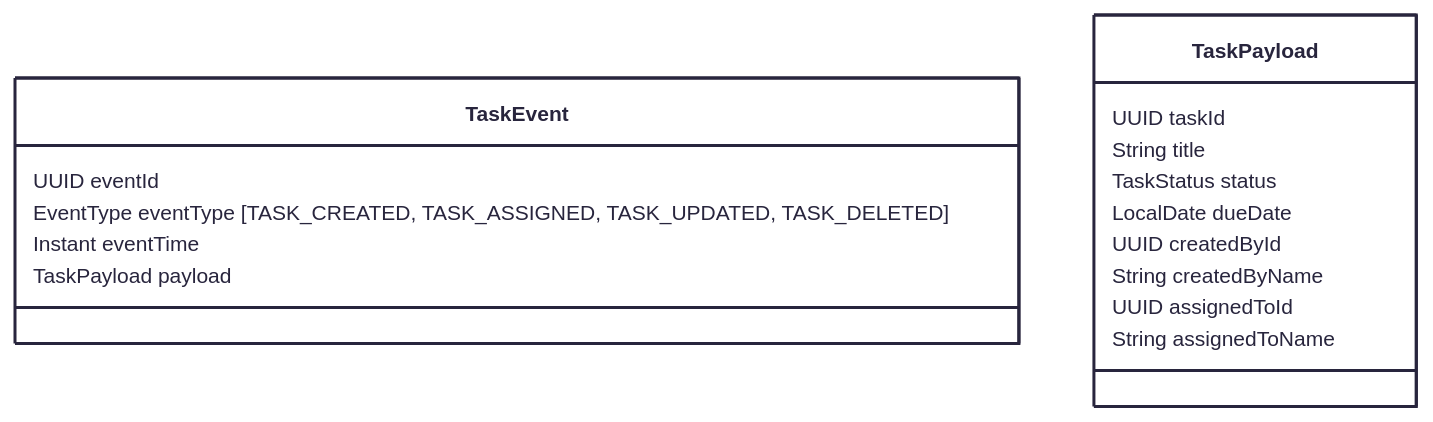
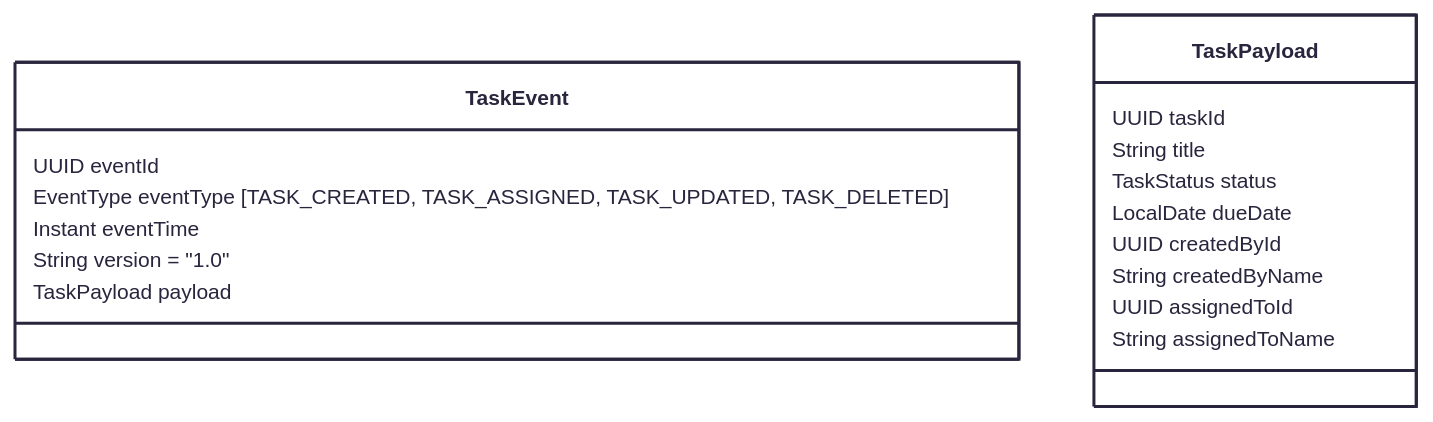
One commit to mohit-dhiman/TaskHub changed the diagram in docs/phase2-design.md. Above: the diagram before and after it, drawn with Mermaid. The commit also changed other lines of this file and 20 other files, not shown here.

Commit message:
DLT and Kafka producer flow

````diff
--- a/docs/phase2-design.md
+++ b/docs/phase2-design.md
@@ -29,30 +29,31 @@
 ```mermaid
 ---
 config:
   class:
     hideEmptyMembersBox: true
   look: classic
   theme: redux
   layout: dagre
 ---
 classDiagram
 direction TB
   class TaskEvent {
     UUID eventId
     EventType eventType [TASK_CREATED, TASK_ASSIGNED, TASK_UPDATED, TASK_DELETED]
     Instant eventTime
+    String version = "1.0"
 
     TaskPayload payload
   }
 
   class TaskPayload {
     UUID taskId
     String title
     TaskStatus status
     LocalDate dueDate
     UUID createdById
     String createdByName
     UUID assignedToId
     String assignedToName
   }
 ```
````
